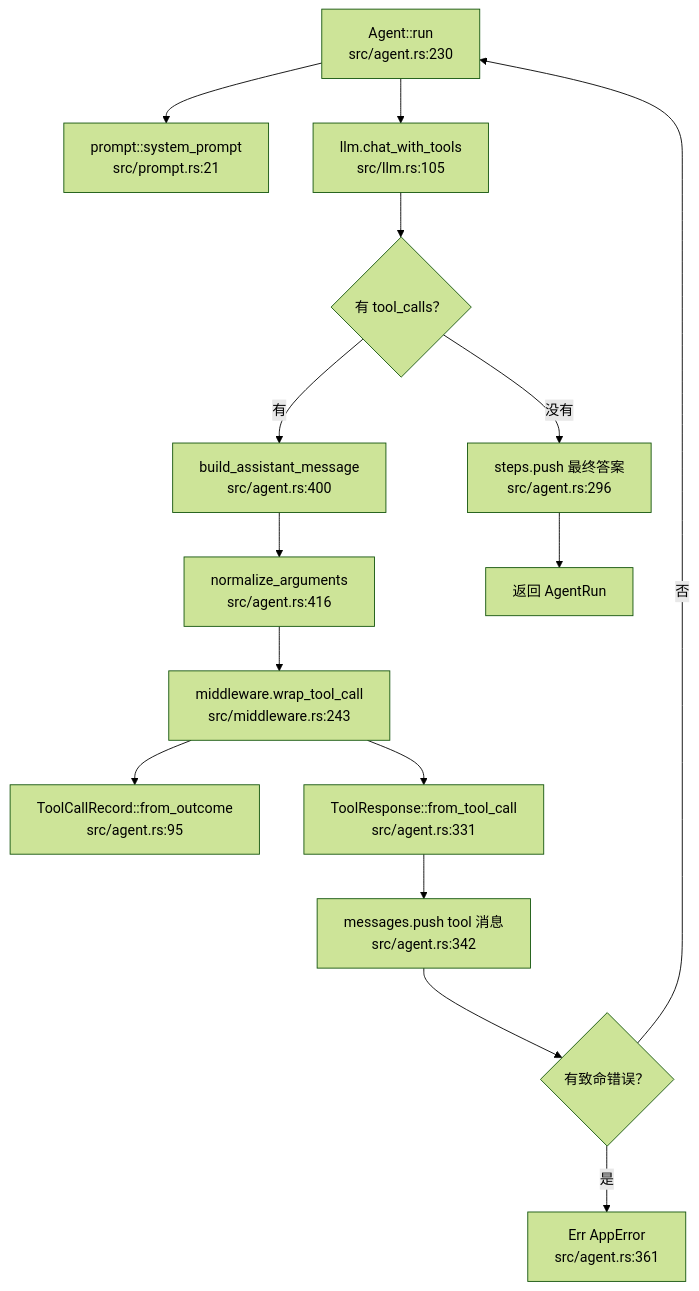
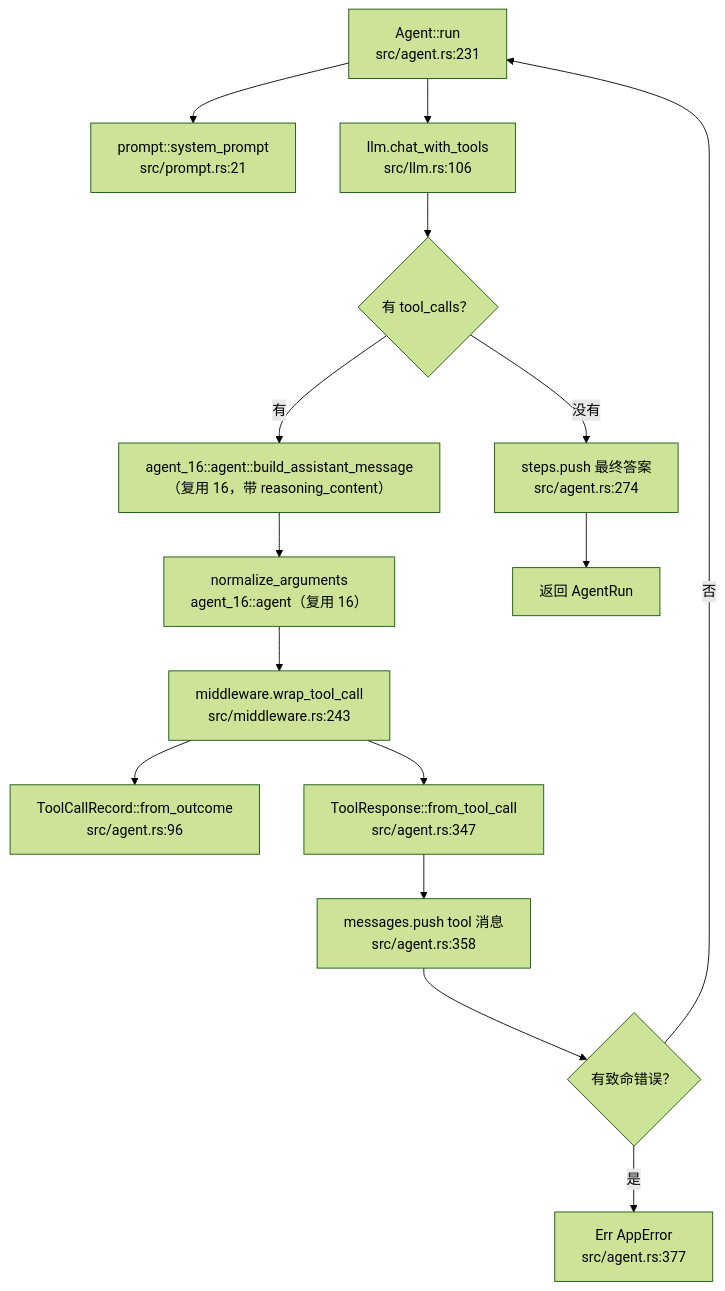
The second of 6 diagrams in 18-agent-error/README.md (heheshang/agent-learn), drawn with Mermaid (forest theme) before and after one commit. The commit also changed other lines of this file and 33 other files, not shown here.

````diff
--- a/18-agent-error/README.md
+++ b/18-agent-error/README.md
@@ -224,17 +232,17 @@
 ```mermaid
 flowchart TD
-    A["Agent::run<br/>src/agent.rs:230"] --> B["prompt::system_prompt<br/>src/prompt.rs:21"]
-    A --> C["llm.chat_with_tools<br/>src/llm.rs:105"]
+    A["Agent::run<br/>src/agent.rs:231"] --> B["prompt::system_prompt<br/>src/prompt.rs:21"]
+    A --> C["llm.chat_with_tools<br/>src/llm.rs:106"]
     C --> D{"有 tool_calls？"}
-    D -->|没有| E["steps.push 最终答案<br/>src/agent.rs:296"]
-    D -->|有| F["build_assistant_message<br/>src/agent.rs:400"]
-    F --> G["normalize_arguments<br/>src/agent.rs:416"]
+    D -->|没有| E["steps.push 最终答案<br/>src/agent.rs:274"]
+    D -->|有| F["agent_16::agent::build_assistant_message<br/>（复用 16，带 reasoning_content）"]
+    F --> G["normalize_arguments<br/>agent_16::agent（复用 16）"]
     G --> H["middleware.wrap_tool_call<br/>src/middleware.rs:243"]
-    H --> I["ToolCallRecord::from_outcome<br/>src/agent.rs:95"]
-    H --> J["ToolResponse::from_tool_call<br/>src/agent.rs:331"]
-    J --> K["messages.push tool 消息<br/>src/agent.rs:342"]
+    H --> I["ToolCallRecord::from_outcome<br/>src/agent.rs:96"]
+    H --> J["ToolResponse::from_tool_call<br/>src/agent.rs:347"]
+    J --> K["messages.push tool 消息<br/>src/agent.rs:358"]
     K --> L{"有致命错误？"}
-    L -->|是| M["Err AppError<br/>src/agent.rs:361"]
+    L -->|是| M["Err AppError<br/>src/agent.rs:377"]
     L -->|否| A
     E --> N["返回 AgentRun"]
 ```
````
